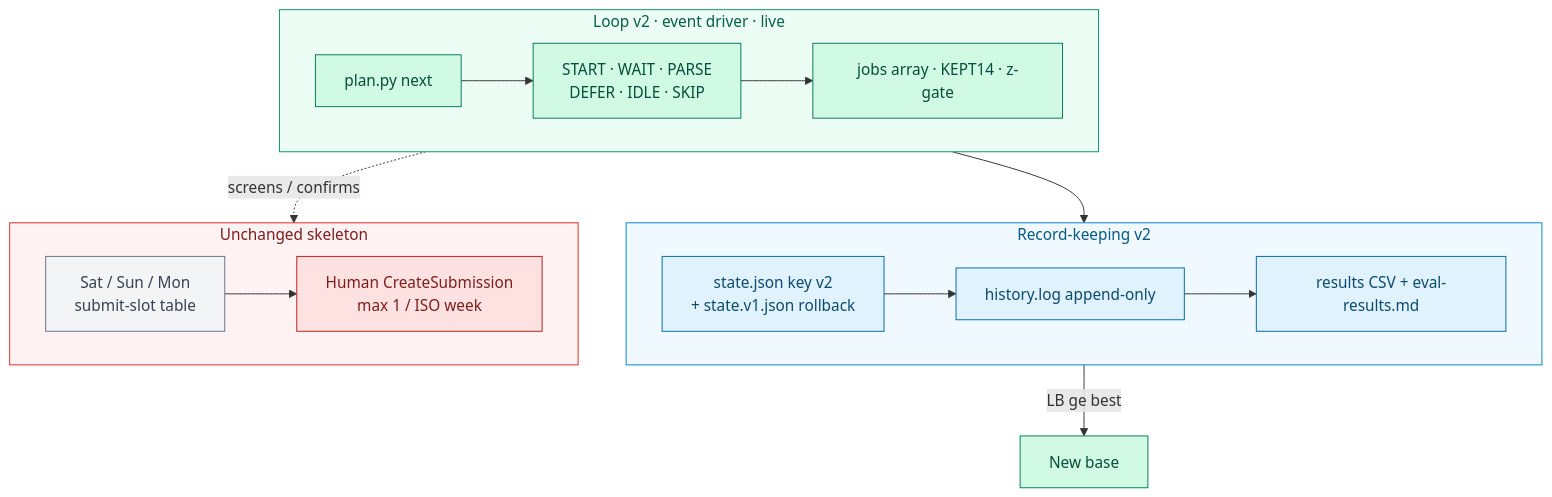
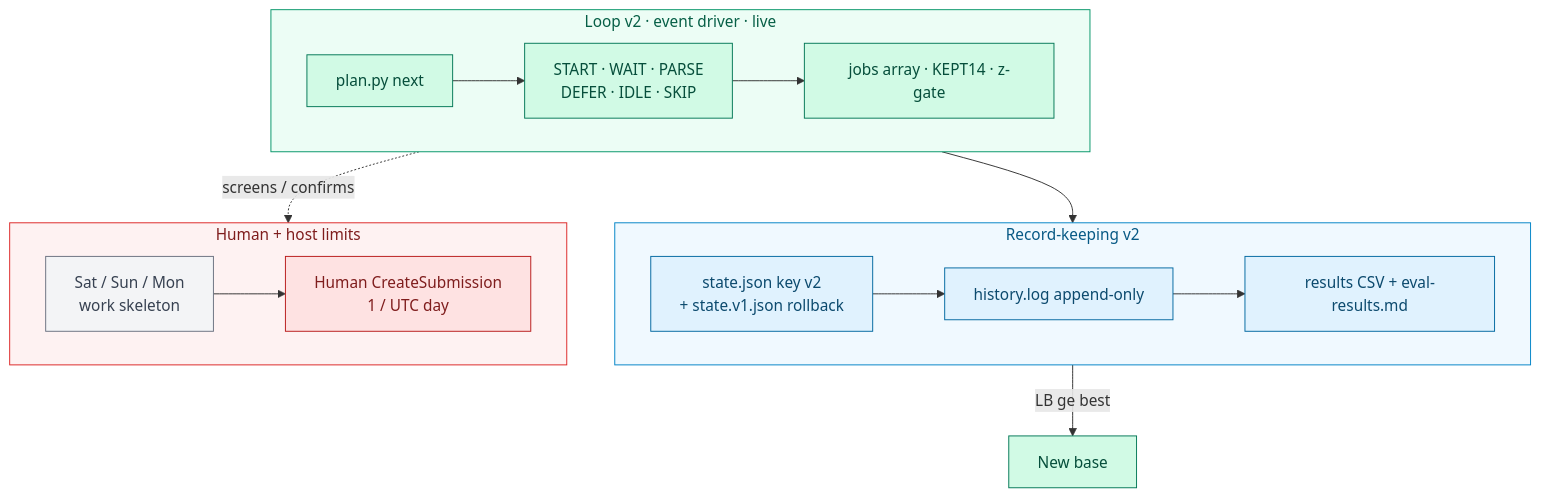
The fifth of 11 diagrams in docs/wiki/Architecture.md (khaosans/noisegate-gemma4-factory), drawn with Mermaid before and after one commit. The commit also changed other lines of this file and 18 other files, not shown here.

````diff
--- a/docs/wiki/Architecture.md
+++ b/docs/wiki/Architecture.md
@@ -144,35 +144,35 @@
 ```mermaid
 flowchart TB
   subgraph Drive["Loop v2 · event driver · live"]
     direction LR
     Plan["plan.py next"] --> Act["START · WAIT · PARSE<br/>DEFER · IDLE · SKIP"]
     Act --> Jobs["jobs array · KEPT14 · z-gate"]
   end
 
   subgraph Rec2["Record-keeping v2"]
     direction LR
     State["state.json key v2<br/>+ state.v1.json rollback"] --> Led["history.log append-only"]
     Led --> CSV2["results CSV + eval-results.md"]
   end
 
-  subgraph Keep["Unchanged skeleton"]
+  subgraph Keep["Human + host limits"]
     direction LR
-    Skel["Sat / Sun / Mon<br/>submit-slot table"] --> Hitl2["Human CreateSubmission<br/>max 1 / ISO week"]
+    Skel["Sat / Sun / Mon<br/>work skeleton"] --> Hitl2["Human CreateSubmission<br/>1 / UTC day"]
   end
 
   Drive --> Rec2
   Jobs -.->|screens / confirms| Keep
   CSV2 -->|LB ge best| Base["New base"]
 
   classDef live fill:#D1FAE5,stroke:#047857,color:#064E3B
   classDef record fill:#E0F2FE,stroke:#0369A1,color:#0C4A6E
   classDef hitl fill:#FEE2E2,stroke:#B91C1C,color:#7F1D1D
   classDef hold fill:#F3F4F6,stroke:#6B7280,color:#374151
   class Plan,Act,Jobs,Base live
   class State,Led,CSV2 record
   class Hitl2 hitl
   class Skel hold
   style Drive fill:#ECFDF5,stroke:#059669,color:#065F46
   style Rec2 fill:#F0F9FF,stroke:#0284C7,color:#075985
   style Keep fill:#FEF2F2,stroke:#DC2626,color:#7F1D1D
 ```
````
